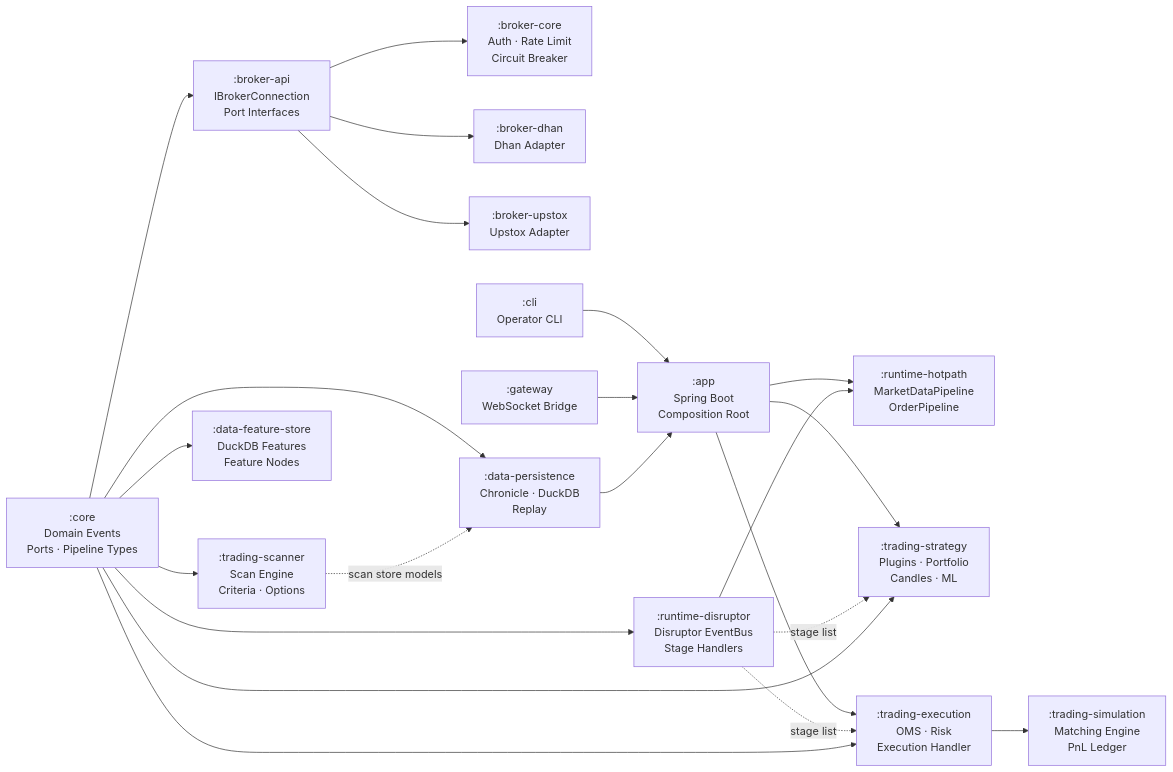
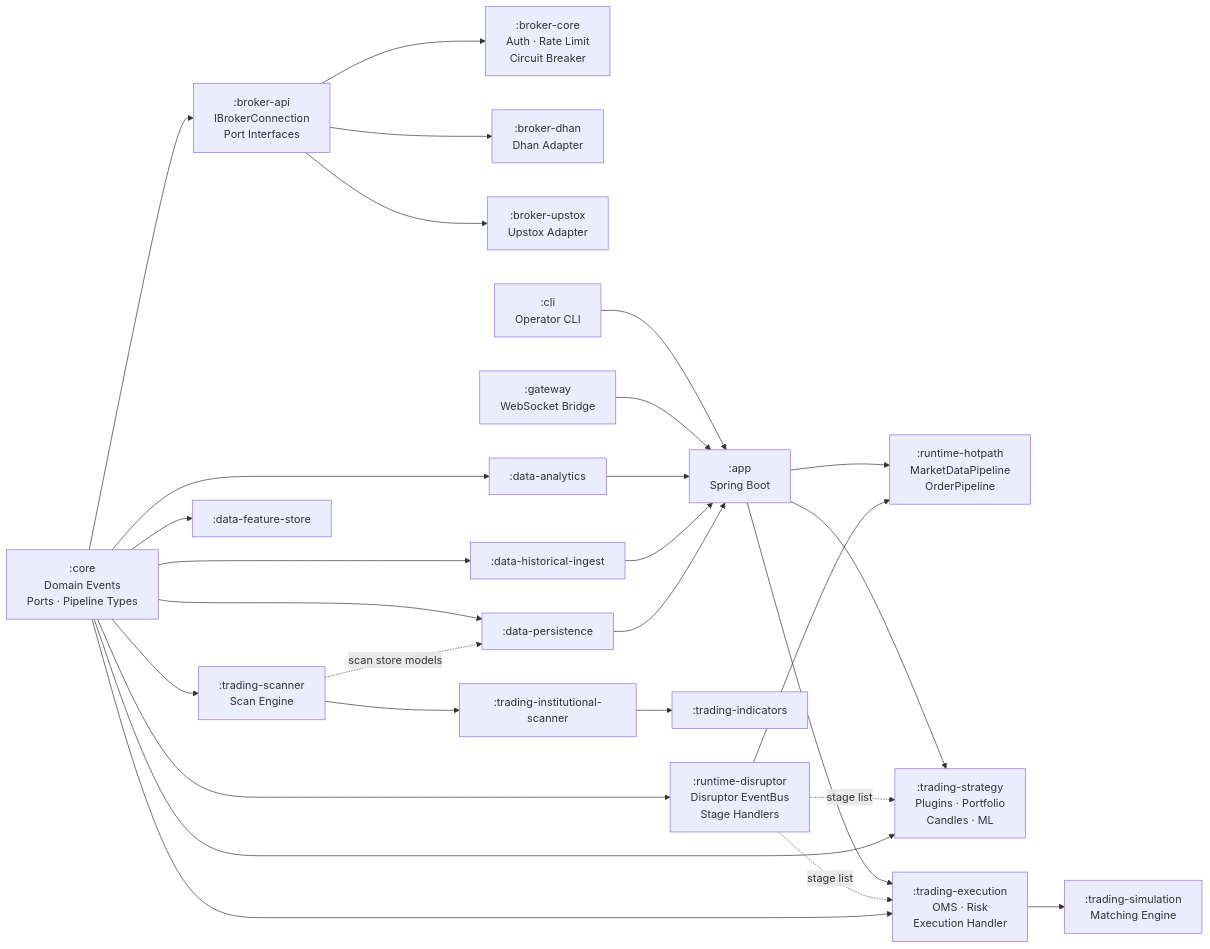
One commit to Ganesh-Kusundal/Trade_J changed the fourth of 32 diagrams in docs/ARCHITECTURE_REPORT.md. Above: the diagram before and after it, drawn with Mermaid. The commit also changed other lines of this file and 3 other files, not shown here.

First line of the commit message:
docs: pass 3 architecture audit for code-verified accuracy.

````diff
--- a/docs/ARCHITECTURE_REPORT.md
+++ b/docs/ARCHITECTURE_REPORT.md
@@ -394,41 +395,51 @@
 ```mermaid
 graph LR
     CORE[":core<br/>Domain Events<br/>Ports · Pipeline Types"]
     BROKER_API[":broker-api<br/>IBrokerConnection<br/>Port Interfaces"]
     BROKER_CORE[":broker-core<br/>Auth · Rate Limit<br/>Circuit Breaker"]
     BROKER_DHAN[":broker-dhan<br/>Dhan Adapter"]
     BROKER_UPSTOX[":broker-upstox<br/>Upstox Adapter"]
     RT_DISRUPTOR[":runtime-disruptor<br/>Disruptor EventBus<br/>Stage Handlers"]
     RT_HOTPATH[":runtime-hotpath<br/>MarketDataPipeline<br/>OrderPipeline"]
     TRADING_STRAT[":trading-strategy<br/>Plugins · Portfolio<br/>Candles · ML"]
     TRADING_EXEC[":trading-execution<br/>OMS · Risk<br/>Execution Handler"]
-    TRADING_SCANNER[":trading-scanner<br/>Scan Engine<br/>Criteria · Options"]
-    TRADING_SIM[":trading-simulation<br/>Matching Engine<br/>PnL Ledger"]
-    DATA_PERSIST[":data-persistence<br/>Chronicle · DuckDB<br/>Replay"]
-    DATA_FEATURE[":data-feature-store<br/>DuckDB Features<br/>Feature Nodes"]
-    APP[":app<br/>Spring Boot<br/>Composition Root"]
+    TRADING_SCANNER[":trading-scanner<br/>Scan Engine"]
+    TRADING_INST[":trading-institutional-scanner"]
+    TRADING_IND[":trading-indicators"]
+    TRADING_SIM[":trading-simulation<br/>Matching Engine"]
+    DATA_PERSIST[":data-persistence"]
+    DATA_FEATURE[":data-feature-store"]
+    DATA_INGEST[":data-historical-ingest"]
+    DATA_ANALYTICS[":data-analytics"]
+    APP[":app<br/>Spring Boot"]
     GATEWAY[":gateway<br/>WebSocket Bridge"]
     CLI_MOD[":cli<br/>Operator CLI"]
 
     CORE --> BROKER_API
     BROKER_API --> BROKER_CORE
     BROKER_API --> BROKER_DHAN
     BROKER_API --> BROKER_UPSTOX
     CORE --> RT_DISRUPTOR
     RT_DISRUPTOR --> RT_HOTPATH
     CORE --> TRADING_STRAT
     CORE --> TRADING_EXEC
     TRADING_EXEC --> TRADING_SIM
     CORE --> TRADING_SCANNER
+    TRADING_SCANNER --> TRADING_INST
+    TRADING_INST --> TRADING_IND
     TRADING_SCANNER -.->|"scan store models"| DATA_PERSIST
     CORE --> DATA_PERSIST
     CORE --> DATA_FEATURE
+    CORE --> DATA_INGEST
+    CORE --> DATA_ANALYTICS
     RT_DISRUPTOR -.->|"stage list"| TRADING_EXEC
     RT_DISRUPTOR -.->|"stage list"| TRADING_STRAT
     DATA_PERSIST --> APP
+    DATA_INGEST --> APP
+    DATA_ANALYTICS --> APP
     GATEWAY --> APP
     CLI_MOD --> APP
     APP --> TRADING_EXEC
     APP --> TRADING_STRAT
     APP --> RT_HOTPATH
 ```
````
